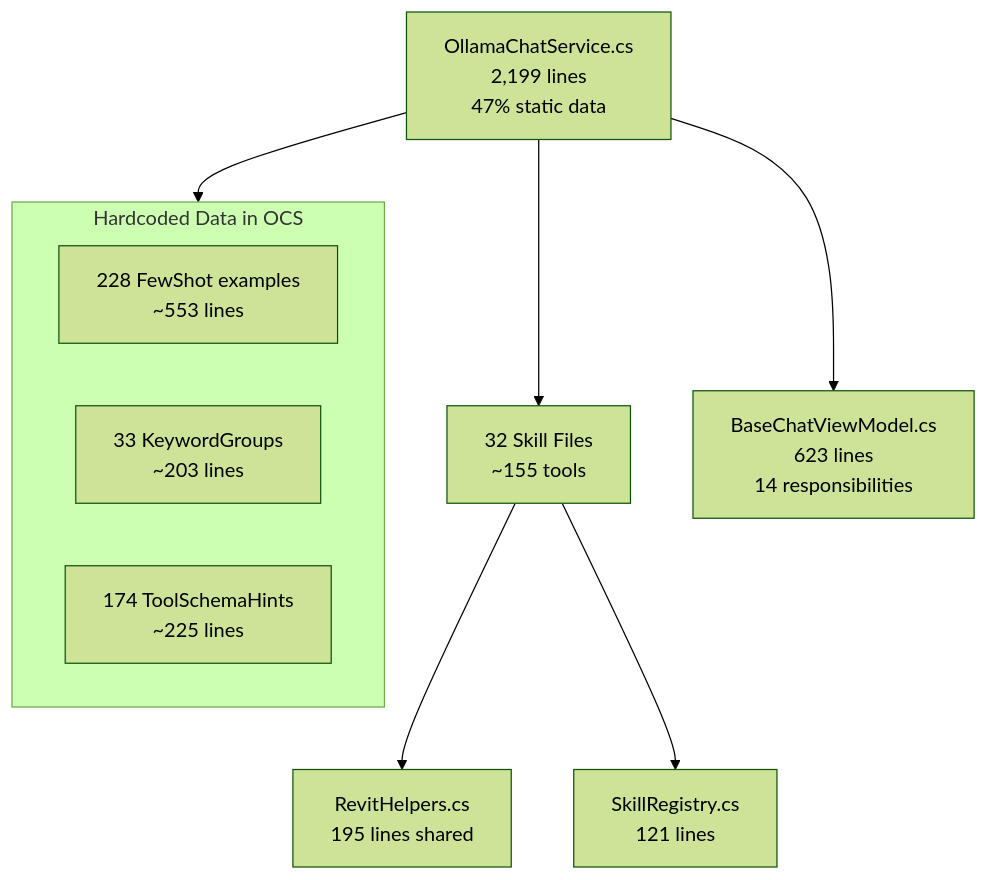
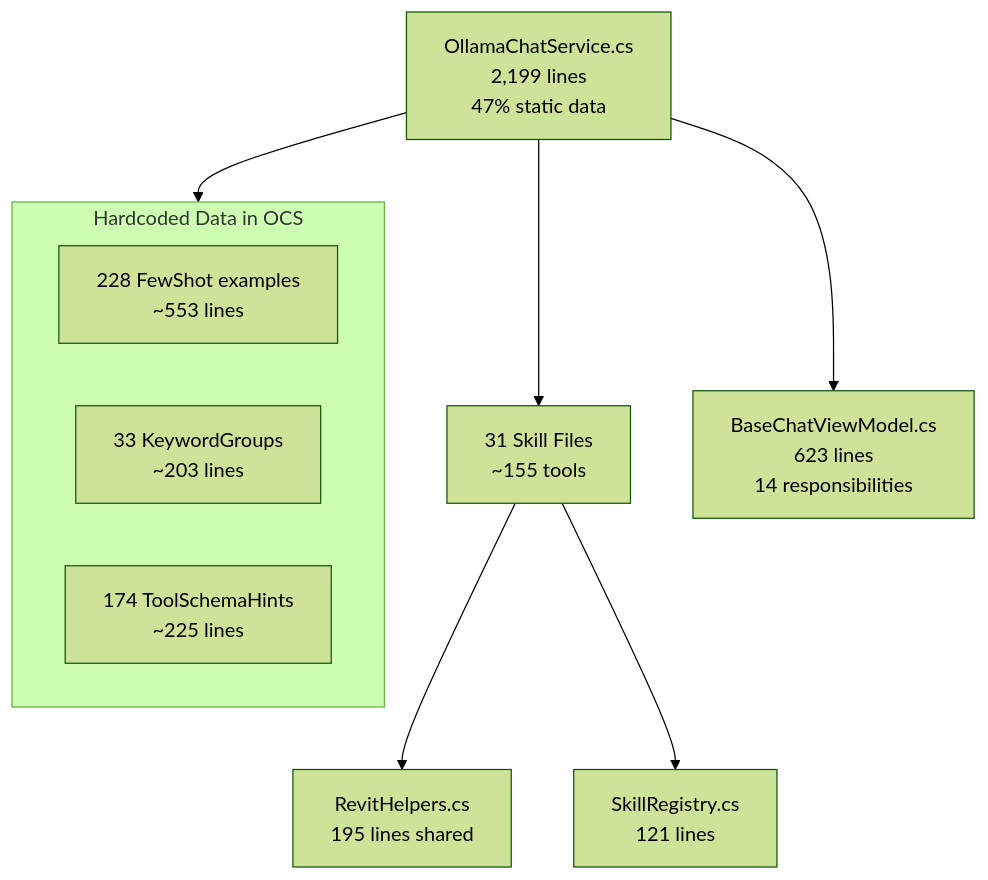
Before and after one commit to HuyDamDCMvn/RevitCode_Reseaching: the first of 7 diagrams in docs/code-optimization-proposals.md, drawn with Mermaid (forest theme). The commit also changed other lines of this file and 40 other files, not shown here.

````diff
--- a/docs/code-optimization-proposals.md
+++ b/docs/code-optimization-proposals.md
@@ -5,14 +24,14 @@
 ```mermaid
 graph TD
-  OCS["OllamaChatService.cs\n2,199 lines\n47% static data"] --> SK["32 Skill Files\n~155 tools"]
+  OCS["OllamaChatService.cs\n2,199 lines\n47% static data"] --> SK["31 Skill Files\n~155 tools"]
   OCS --> VM["BaseChatViewModel.cs\n623 lines\n14 responsibilities"]
   SK --> RH["RevitHelpers.cs\n195 lines shared"]
   SK --> SR["SkillRegistry.cs\n121 lines"]
 
   subgraph dataInline [Hardcoded Data in OCS]
     FS["228 FewShot examples\n~553 lines"]
     KG["33 KeywordGroups\n~203 lines"]
     TSH["174 ToolSchemaHints\n~225 lines"]
   end
   OCS --> dataInline
 ```
````
